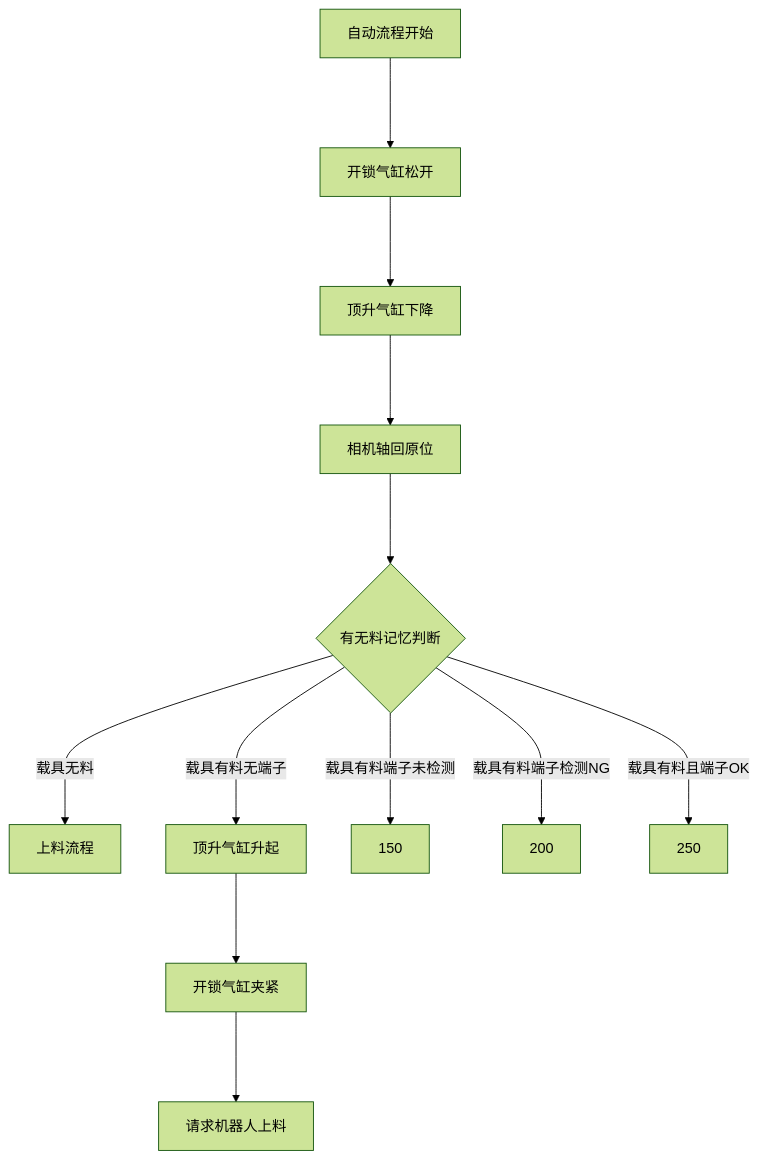
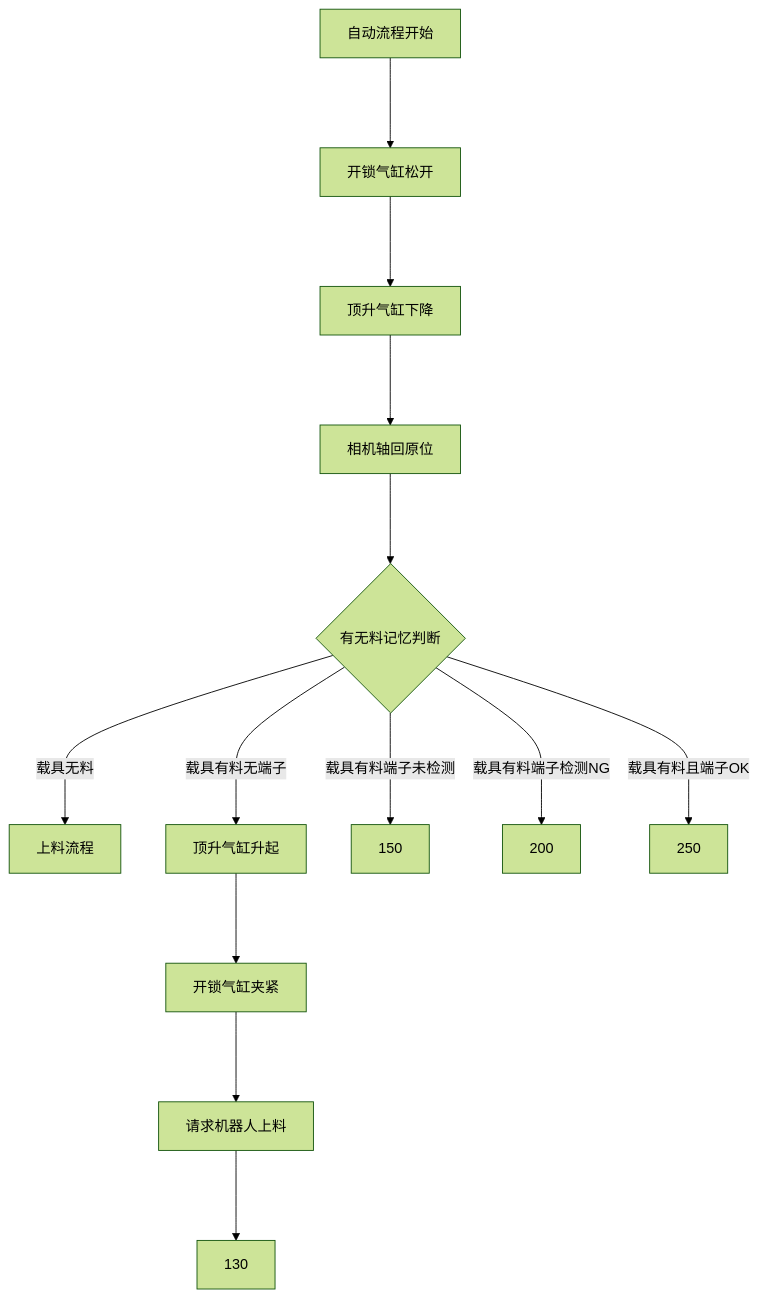
One commit to zmq000/iodraw-files changed the diagram in all/OP70工位4左端子上料.md. Above: the diagram before and after it, drawn with Mermaid (forest theme).

Commit message:
2026-06-17 17:28:04 update

````diff
--- a/all/OP70工位4左端子上料.md
+++ b/all/OP70工位4左端子上料.md
@@ -1,16 +1,16 @@
 ```mermaid
 graph TD
 自动流程开始--->10
 10[开锁气缸松开]--->20
 20[顶升气缸下降]--->30
 30[相机轴回原位]--->40
 40{有无料记忆判断}--->|载具无料|50
 40--->|载具有料无端子|100
 40--->|载具有料端子未检测|150
 40--->|载具有料端子检测NG|200
 40--->|载具有料且端子OK|250
 50[上料流程]
 100[顶升气缸升起]--->110
 110[开锁气缸夹紧]--->120
-120[请求机器人上料]
+120[请求机器人上料]--->130
 ```
````
